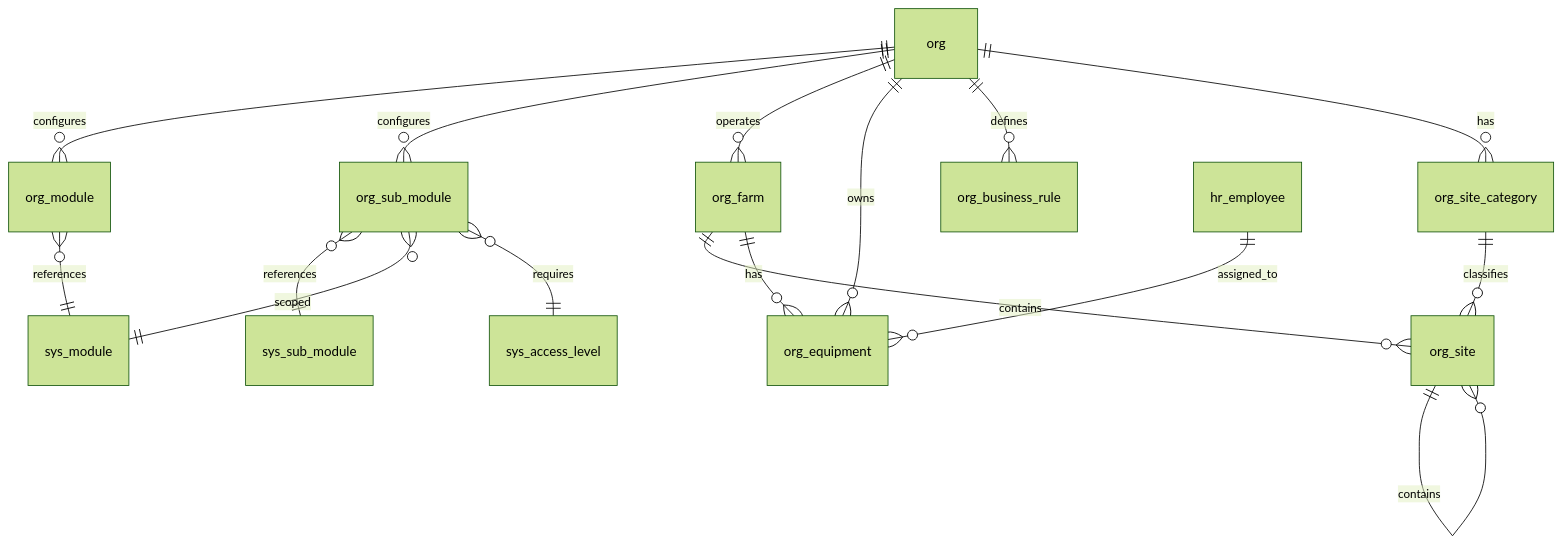
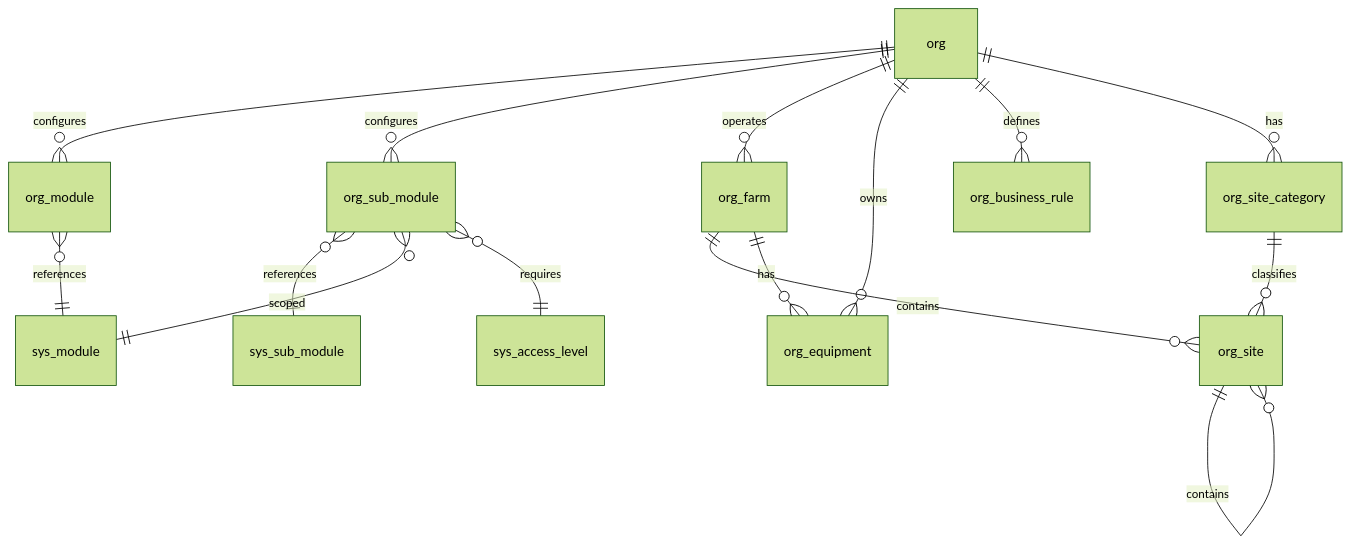
The diagram in docs/schemas/20260327_02_org.md (Hawaii-Farming/aloha-app), drawn with Mermaid (forest theme) before and after one commit. The commit also changed other lines of this file and 14 other files, not shown here.

````diff
--- a/docs/schemas/20260327_02_org.md
+++ b/docs/schemas/20260327_02_org.md
@@ -9,18 +9,17 @@
 ```mermaid
 erDiagram
     org ||--o{ org_module : configures
     org ||--o{ org_sub_module : configures
     org ||--o{ org_farm : operates
     org ||--o{ org_equipment : owns
     org ||--o{ org_business_rule : defines
     org_module }o--|| sys_module : references
     org_sub_module }o--|| sys_sub_module : references
     org_sub_module }o--|| sys_module : scoped
     org_sub_module }o--|| sys_access_level : requires
     org ||--o{ org_site_category : has
     org_farm ||--o{ org_site : contains
     org_site_category ||--o{ org_site : classifies
     org_site ||--o{ org_site : contains
     org_farm ||--o{ org_equipment : has
-    hr_employee ||--o{ org_equipment : assigned_to
 ```
````
